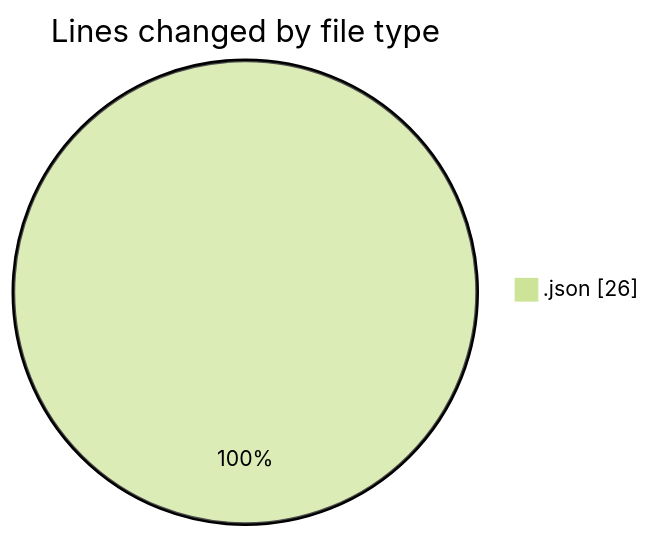
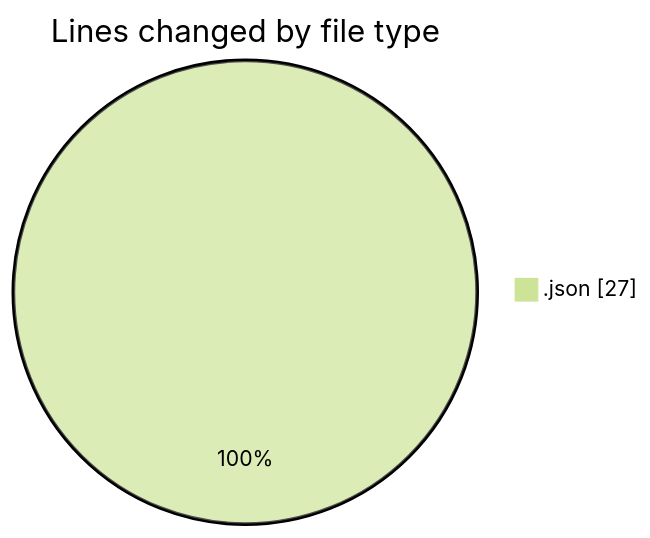
One commit to earendildev/code-tracking changed the first of 2 diagrams in 2025-05-07/app_idea/README.md. Above: the diagram before and after it, drawn with Mermaid (forest theme). The commit also changed other lines of this file and 1 other file, not shown here.

````diff
--- a/2025-05-07/app_idea/README.md
+++ b/2025-05-07/app_idea/README.md
@@ -20,5 +20,5 @@
 ```mermaid
 pie showData
 title Lines changed by file type
-".json" : 26
+".json" : 27
 ```
````
